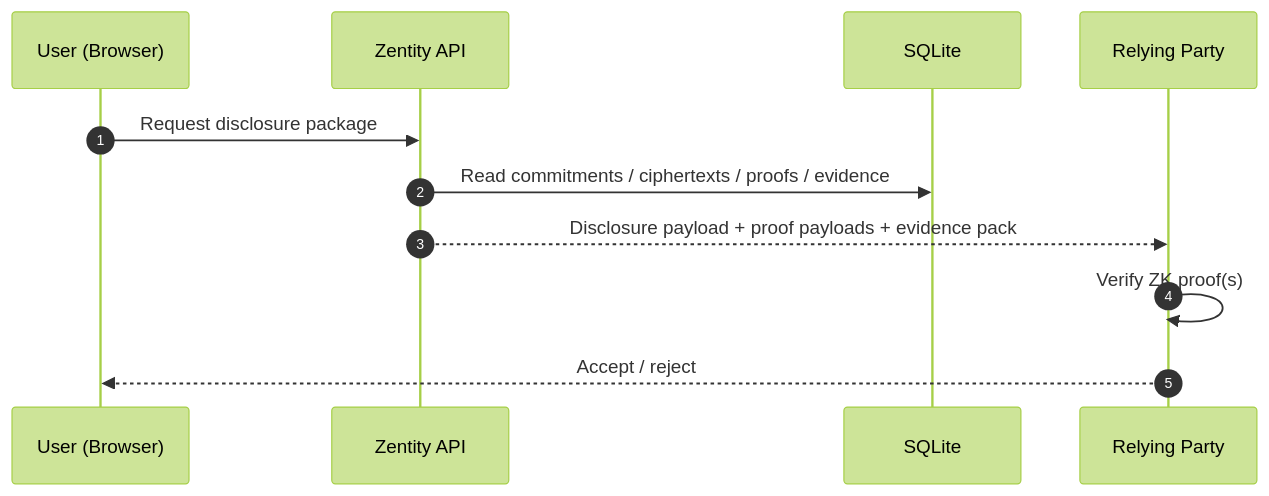
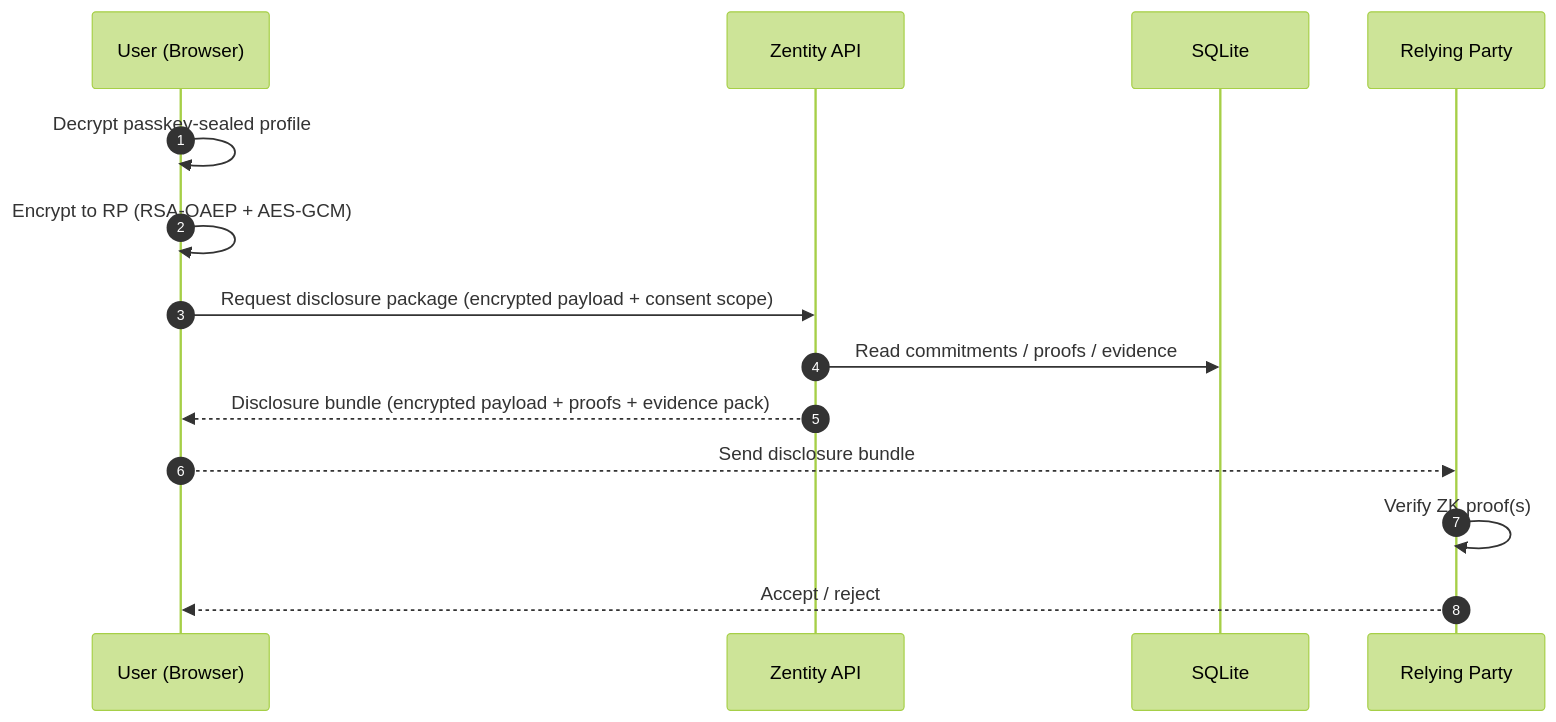
One commit to gustavovalverde/zentity changed the third of 4 diagrams in docs/architecture.md. Above: the diagram before and after it, drawn with Mermaid (forest theme). The commit also changed other lines of this file and 10 other files, not shown here.

First line of the commit message:
docs: refresh architecture and security docs

````diff
--- a/docs/architecture.md
+++ b/docs/architecture.md
@@ -300,14 +300,17 @@
 ```mermaid
 sequenceDiagram
   autonumber
   participant UI as User (Browser)
   participant API as Zentity API
   participant DB as SQLite
   participant RP as Relying Party
 
-  UI->>API: Request disclosure package
-  API->>DB: Read commitments / ciphertexts / proofs / evidence
-  API-->>RP: Disclosure payload + proof payloads + evidence pack
+  UI->>UI: Decrypt passkey-sealed profile
+  UI->>UI: Encrypt to RP (RSA-OAEP + AES-GCM)
+  UI->>API: Request disclosure package (encrypted payload + consent scope)
+  API->>DB: Read commitments / proofs / evidence
+  API-->>UI: Disclosure bundle (encrypted payload + proofs + evidence pack)
+  UI-->>RP: Send disclosure bundle
   RP->>RP: Verify ZK proof(s)
   RP-->>UI: Accept / reject
 ```
````
